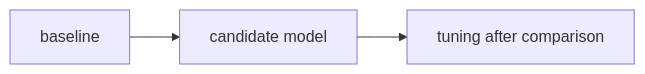
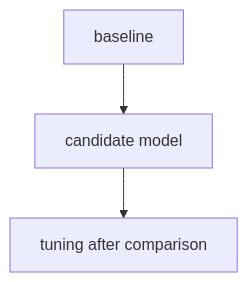
The third of 4 diagrams in docs/parts/part-03/chapter-08/section-02.md (devchan64/AiBook), drawn with Mermaid before and after one commit. The commit also changed other lines of this file and 62 other files, not shown here.

````diff
--- a/docs/parts/part-03/chapter-08/section-02.md
+++ b/docs/parts/part-03/chapter-08/section-02.md
@@ -204,8 +204,9 @@
 ```mermaid
-flowchart LR
+flowchart TB
   A["baseline"]
   B["candidate model"]
   C["tuning after comparison"]
 
-  A --> B --> C
+  A --> B
+  B --> C
 ```
````
